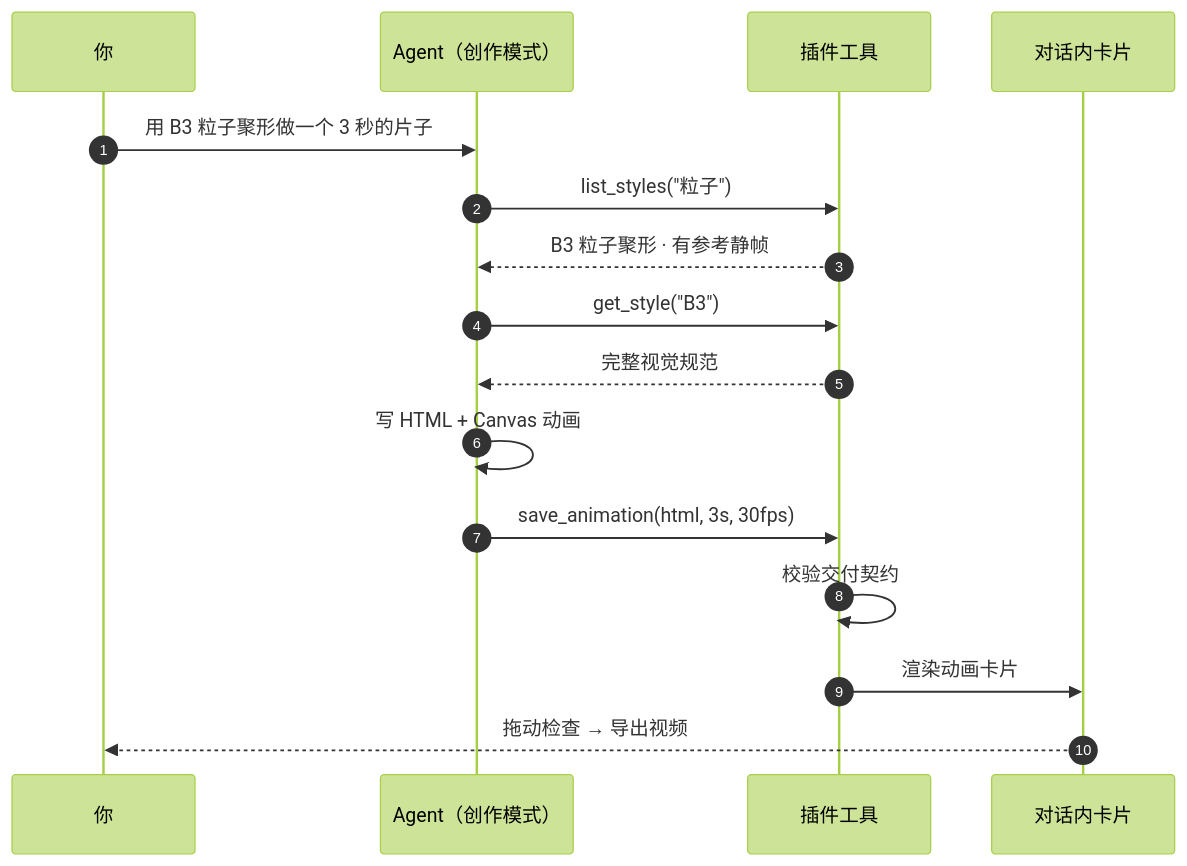
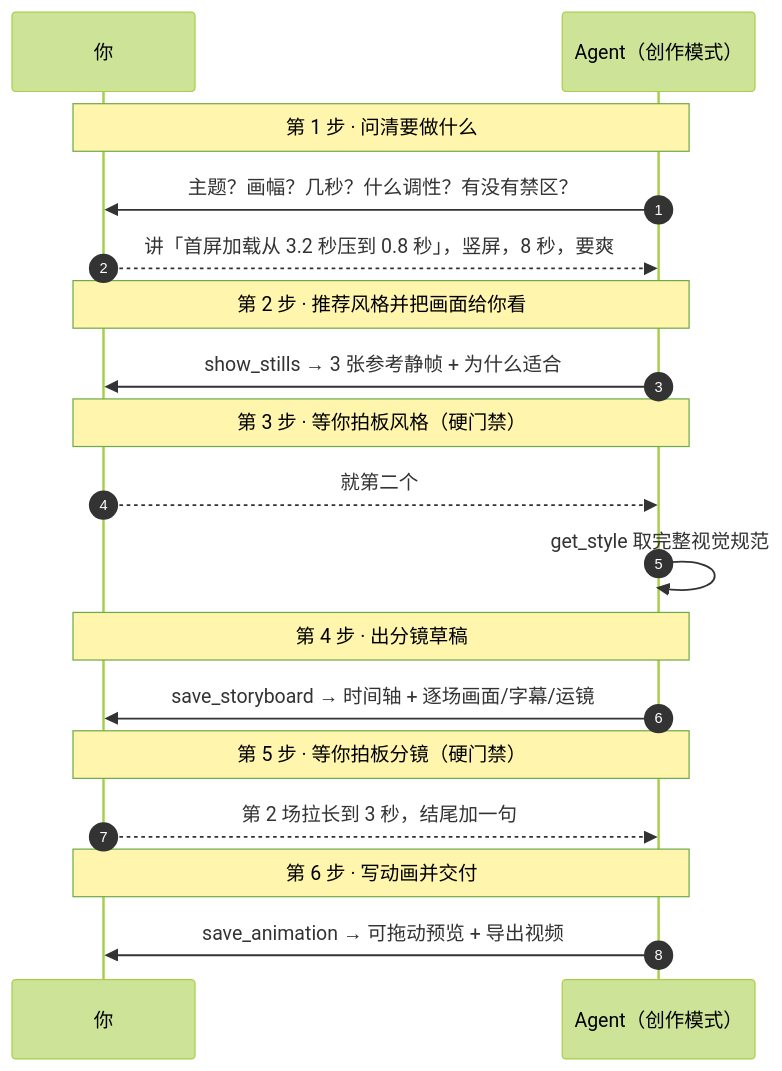
One commit to wyf-yfw/dsh-code-animation changed the first of 2 diagrams in README.md. Above: the diagram before and after it, drawn with Mermaid (forest theme). The commit also changed other lines of this file and 6 other files, not shown here.

````diff
--- a/README.md
+++ b/README.md
@@ -32,19 +32,26 @@
 ```mermaid
 sequenceDiagram
     autonumber
     participant U as 你
     participant A as Agent（创作模式）
-    participant T as 插件工具
-    participant C as 对话内卡片
 
-    U->>A: 用 B3 粒子聚形做一个 3 秒的片子
-    A->>T: list_styles("粒子")
-    T-->>A: B3 粒子聚形 · 有参考静帧
-    A->>T: get_style("B3")
-    T-->>A: 完整视觉规范
-    A->>A: 写 HTML + Canvas 动画
-    A->>T: save_animation(html, 3s, 30fps)
-    T->>T: 校验交付契约
-    T->>C: 渲染动画卡片
-    C-->>U: 拖动检查 → 导出视频
+    Note over U,A: 第 1 步 · 问清要做什么
+    A->>U: 主题？画幅？几秒？什么调性？有没有禁区？
+    U-->>A: 讲「首屏加载从 3.2 秒压到 0.8 秒」，竖屏，8 秒，要爽
+
+    Note over U,A: 第 2 步 · 推荐风格并把画面给你看
+    A->>U: show_stills → 3 张参考静帧 + 为什么适合
+
+    Note over U,A: 第 3 步 · 等你拍板风格（硬门禁）
+    U-->>A: 就第二个
+    A->>A: get_style 取完整视觉规范
+
+    Note over U,A: 第 4 步 · 出分镜草稿
+    A->>U: save_storyboard → 时间轴 + 逐场画面/字幕/运镜
+
+    Note over U,A: 第 5 步 · 等你拍板分镜（硬门禁）
+    U-->>A: 第 2 场拉长到 3 秒，结尾加一句
+
+    Note over U,A: 第 6 步 · 写动画并交付
+    A->>U: save_animation → 可拖动预览 + 导出视频
 ```
````
